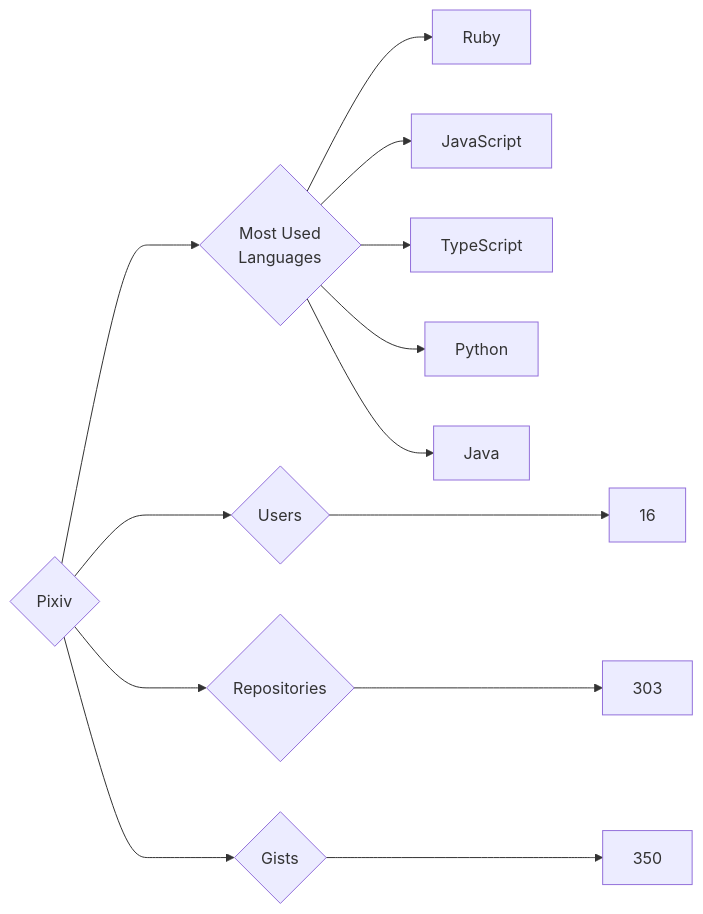
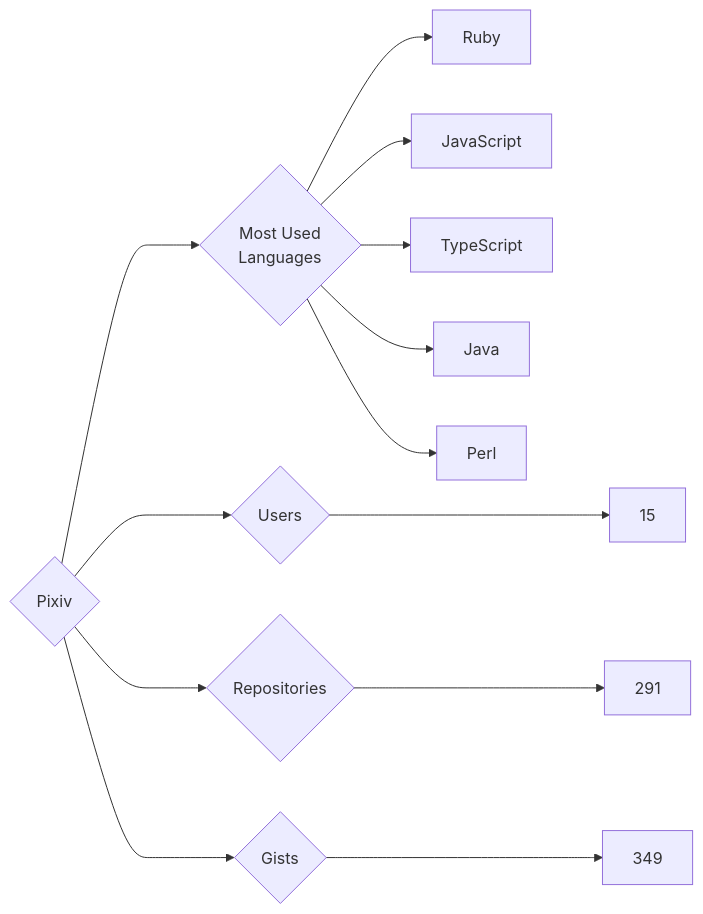
Before and after one commit to trickest/insiders: the diagram in targets/Pixiv/README.md, drawn with Mermaid. The commit also changed 1484 other files, not shown here.

````diff
--- a/targets/Pixiv/README.md
+++ b/targets/Pixiv/README.md
@@ -3,13 +3,13 @@
 ```mermaid
 graph LR
 COMPANY_NAME{Pixiv}
-COMPANY_NAME ---> U{Users} ---> UN[16]
-COMPANY_NAME ---> R{Repositories} ---> RN[303]
-COMPANY_NAME ---> G{Gists} ---> GN[350]
+COMPANY_NAME ---> U{Users} ---> UN[15]
+COMPANY_NAME ---> R{Repositories} ---> RN[291]
+COMPANY_NAME ---> G{Gists} ---> GN[349]
 COMPANY_NAME ---> ML{Most Used<br>Languages}
 ML --> Ruby[Ruby]
 ML --> JavaScript[JavaScript]
 ML --> TypeScript[TypeScript]
-ML --> Python[Python]
 ML --> Java[Java]
+ML --> Perl[Perl]
 ```
````
